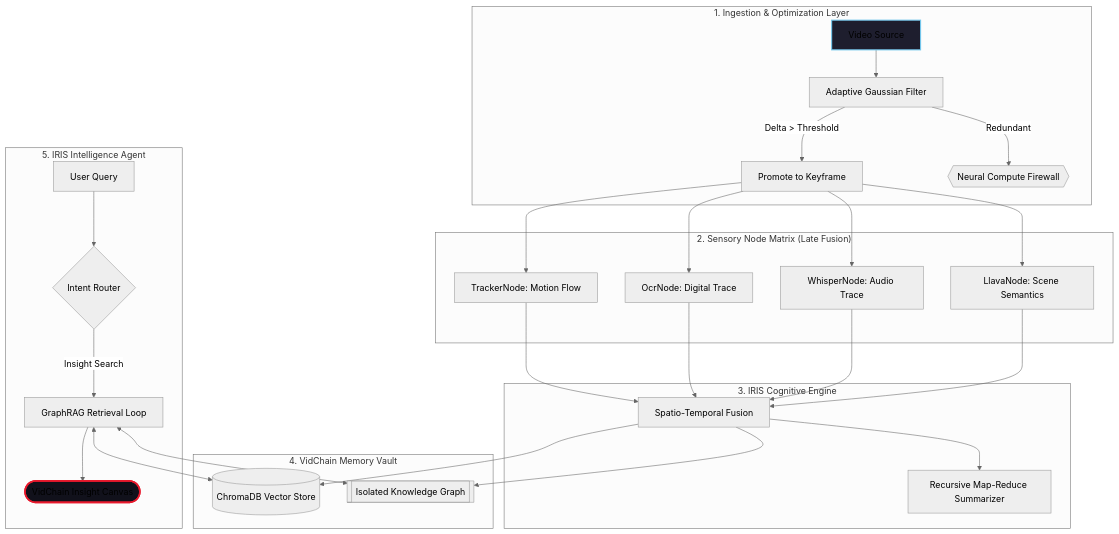
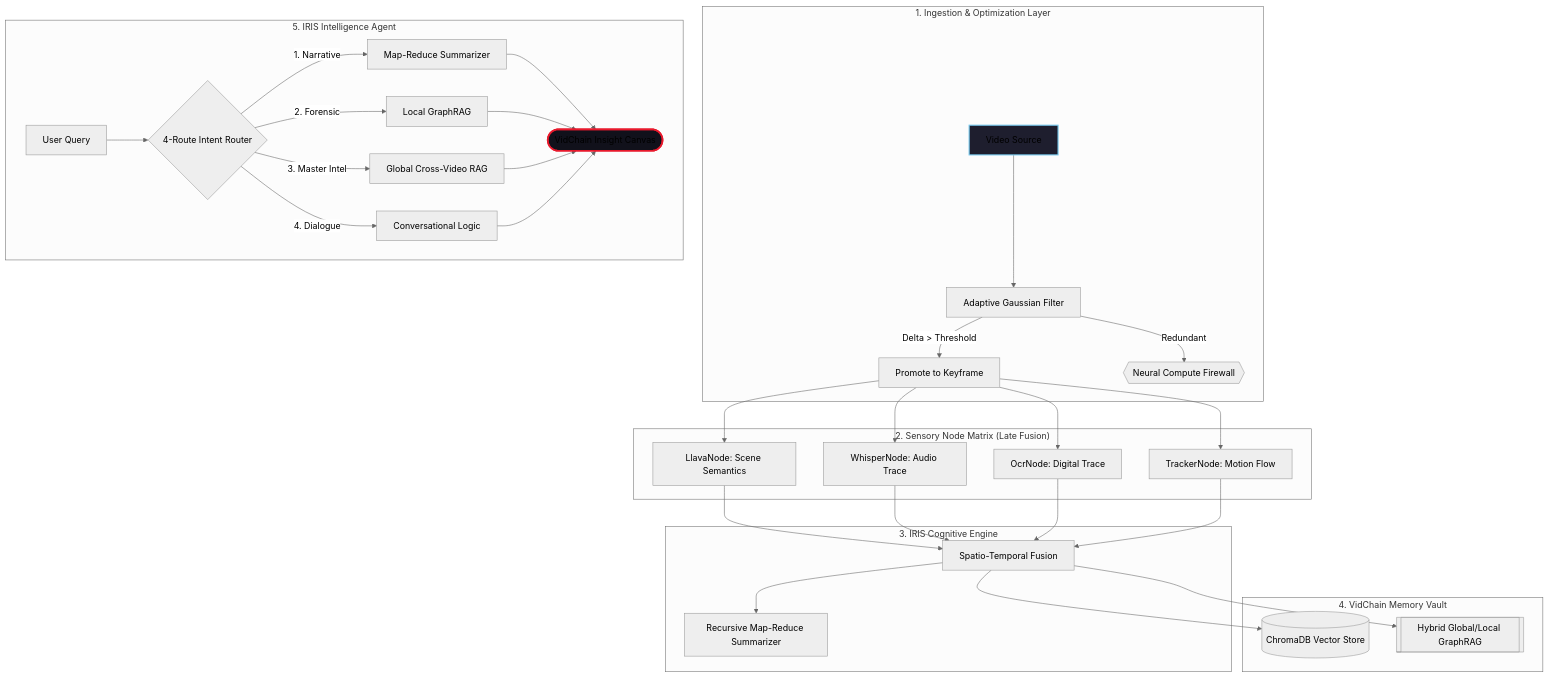
One commit to rahulsiiitm/videochain-python changed the diagram in README.md. Above: the diagram before and after it, drawn with Mermaid (neutral theme). The commit also changed other lines of this file and 29 other files, not shown here.

First line of the commit message:
release: VidChain v1.0.0-Stable - Production Readiness & Global Intelligence Hub

````diff
--- a/README.md
+++ b/README.md
@@ -14,41 +14,42 @@
 ```mermaid
 graph TD
     %% --- Ingestion Stage ---
     subgraph "1. Ingestion & Optimization Layer"
         VS[Video Source] --> AK[Adaptive Gaussian Filter]
         AK -- "Delta > Threshold" --> PK[Promote to Keyframe]
         AK -- "Redundant" --> DROP{{Neural Compute Firewall}}
     end
 
     %% --- Inference Stage ---
     subgraph "2. Sensory Node Matrix (Late Fusion)"
         PK --> VLM[LlavaNode: Scene Semantics]
         PK --> ASR[WhisperNode: Audio Trace]
         PK --> OCR[OcrNode: Digital Trace]
         PK --> TRK[TrackerNode: Motion Flow]
     end
 
     %% --- Intelligence Logic ---
     subgraph "3. IRIS Cognitive Engine"
         VLM & ASR & OCR & TRK --> FUSE[Spatio-Temporal Fusion]
         FUSE --> RDN[Recursive Map-Reduce Summarizer]
     end
 
     %% --- Persistence ---
     subgraph "4. VidChain Memory Vault"
         FUSE --> KV[(ChromaDB Vector Store)]
-        FUSE --> KG[[Isolated Knowledge Graph]]
+        FUSE --> KG[[Hybrid Global/Local GraphRAG]]
     end
 
     %% --- Interaction Stage ---
     subgraph "5. IRIS Intelligence Agent"
-        USER[User Query] --> IR{Intent Router}
-        IR -- "Insight Search" --> RAG[GraphRAG Retrieval Loop]
-        RAG <--> KV
-        RAG <--> KG
-        RAG --> DISCOVERY([VidChain Insight Canvas])
+        USER[User Query] --> IR{4-Route Intent Router}
+        IR -- "1. Narrative" --> SUM[Map-Reduce Summarizer]
+        IR -- "2. Forensic" --> RAG[Local GraphRAG]
+        IR -- "3. Master Intel" --> GLOBAL[Global Cross-Video RAG]
+        IR -- "4. Dialogue" --> CHAT[Conversational Logic]
+        SUM & RAG & GLOBAL & CHAT --> DISCOVERY([VidChain Insight Canvas])
     end
 
     style VS fill:#1e1e2e,stroke:#74c7ec,stroke-width:2px;
     style DISCOVERY fill:#11111b,stroke:#e8192c,stroke-width:3px;
 ```
````
